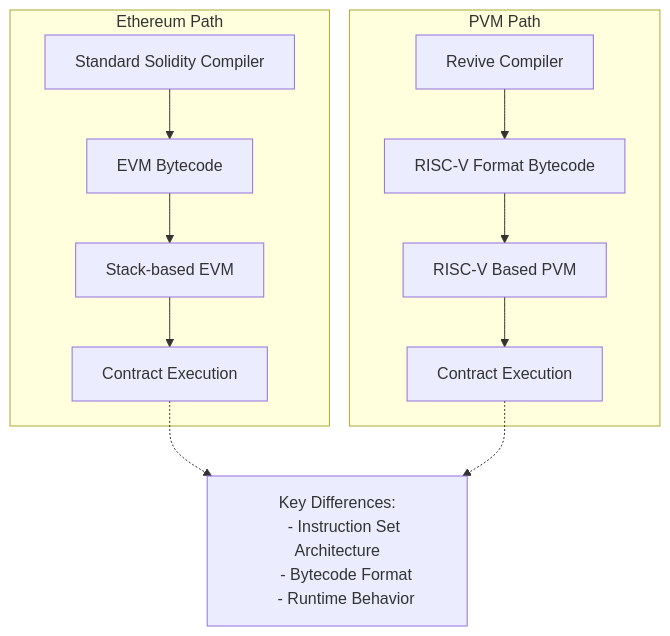
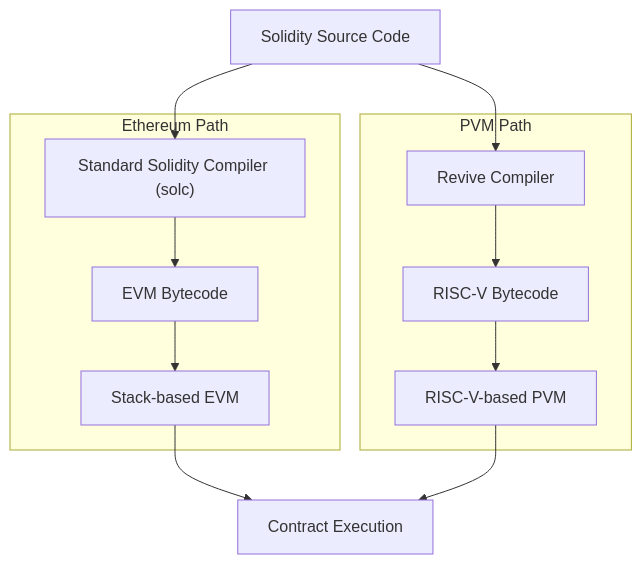
One commit to polkadot-developers/polkadot-docs changed the diagram in smart-contracts/for-eth-devs/evm-vs-pvm.md. Above: the diagram before and after it, drawn with Mermaid.

Commit message:
Fix - Evm vs PVM diagram feedback (#1553)
* fix: evm vs pvm graph

* Update smart-contracts/for-eth-devs/evm-vs-pvm.md

---------

````diff
--- a/smart-contracts/for-eth-devs/evm-vs-pvm.md
+++ b/smart-contracts/for-eth-devs/evm-vs-pvm.md
@@ -17,20 +17,27 @@
 ```mermaid
 graph TD
+    Solidity["Solidity Source Code"]
+
     subgraph "Ethereum Path"
-        EthCompile["Standard Solidity Compiler"] --> EVM_Bytecode["EVM Bytecode"]
-        EVM_Bytecode --> EVM["Stack-based EVM"]
-        EVM --> EthExecution["Contract Execution"]
+        EthCompile["Standard Solidity Compiler (solc)"]
+        EVM_Bytecode["EVM Bytecode"]
+        EVM["Stack-based EVM"]
     end
 
     subgraph "PVM Path"
-        ReviveCompile["Revive Compiler"] --> RISCV_Bytecode["RISC-V Format Bytecode"]
-        RISCV_Bytecode --> PVM["RISC-V Based PVM"]
-        PVM --> PolkaExecution["Contract Execution"]
+        ReviveCompile["Revive Compiler"]
+        RISCV_Bytecode["RISC-V Bytecode"]
+        PVMNode["RISC-V-based PVM"]
     end
 
-    EthExecution -.-> DifferencesNote["Key Differences:
-    - Instruction Set Architecture
-    - Bytecode Format
-    - Runtime Behavior"]
-    PolkaExecution -.-> DifferencesNote
+    Execution["Contract Execution"]
+
+    Solidity --> EthCompile
+    Solidity --> ReviveCompile
+    EthCompile --> EVM_Bytecode
+    EVM_Bytecode --> EVM
+    EVM --> Execution
+    ReviveCompile --> RISCV_Bytecode
+    RISCV_Bytecode --> PVMNode
+    PVMNode --> Execution
 ```
````
